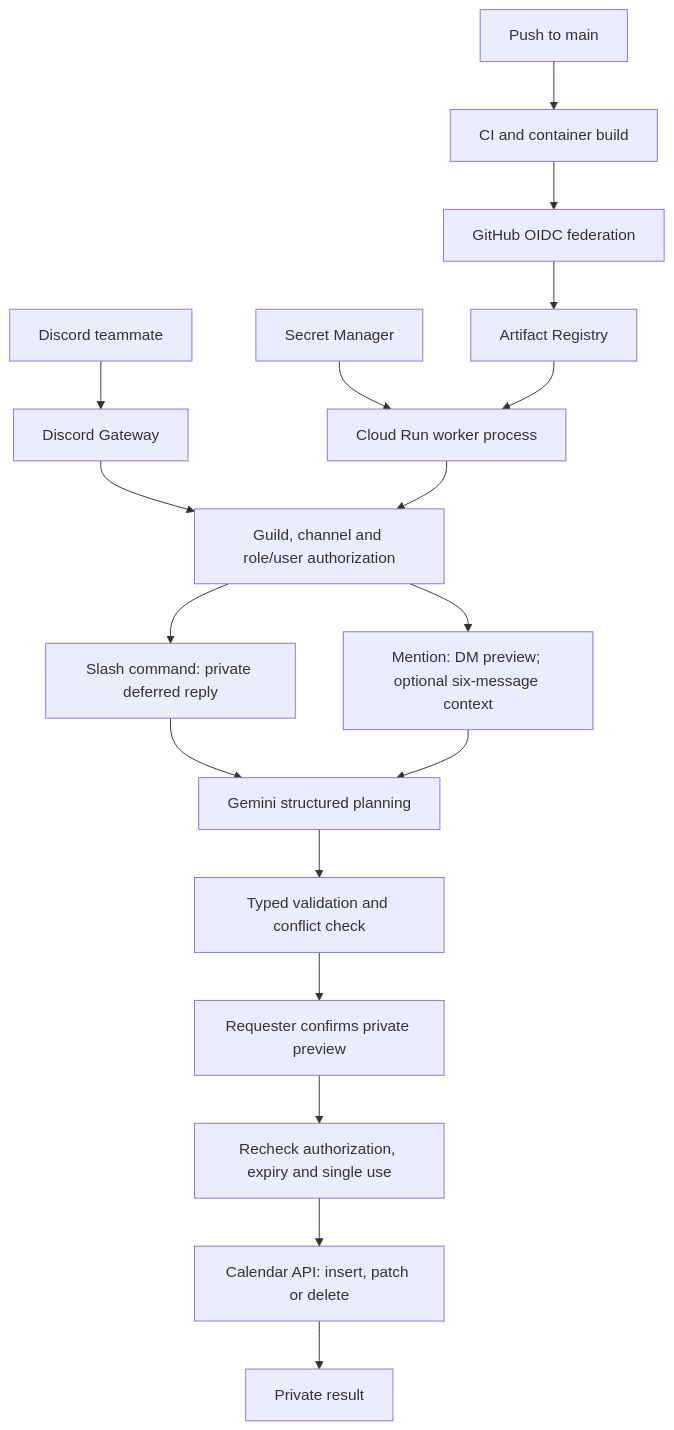
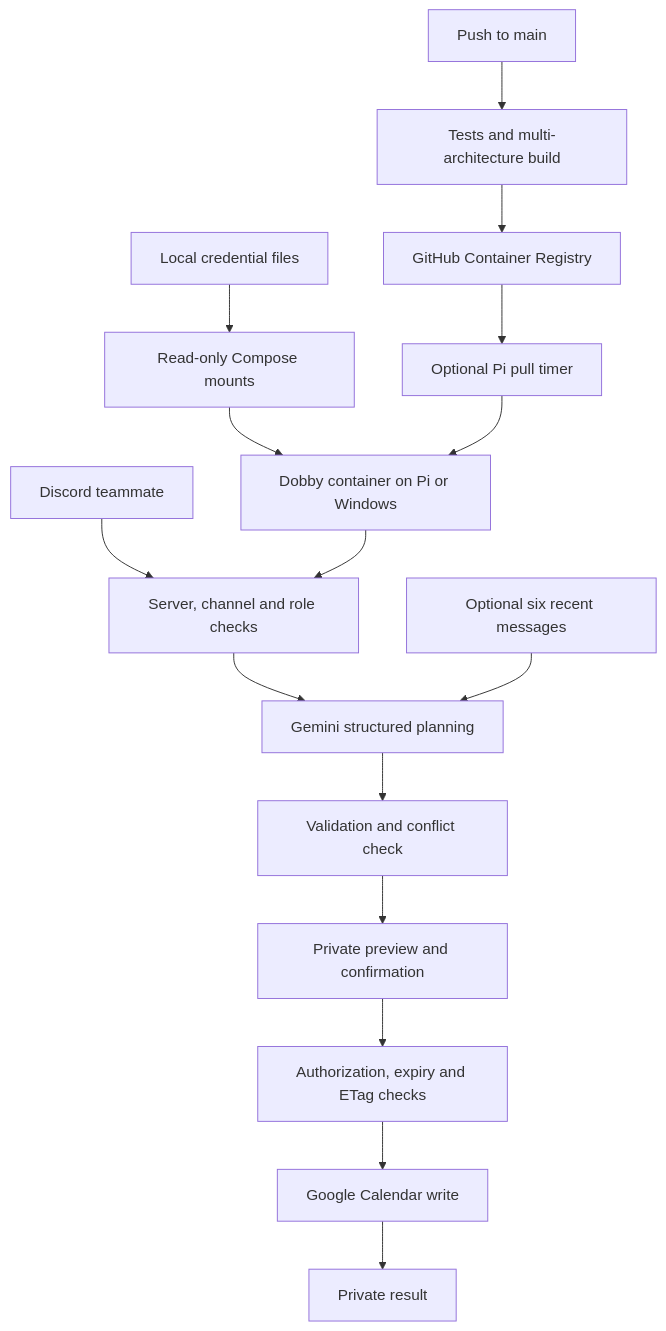
The diagram in ARCHITECTURE.md (Phytonking/dobby), drawn with Mermaid before and after one commit. The commit also changed other lines of this file and 25 other files, not shown here.

Commit message:
Made a few changes so that our bot can run locally on any windows PC or Rasberry PI. Unsure about mac

````diff
--- a/ARCHITECTURE.md
+++ b/ARCHITECTURE.md
@@ -7,20 +9,18 @@
 ```mermaid
 flowchart TD
-    U[Discord teammate] --> D[Discord Gateway]
-    D --> A[Guild, channel and role/user authorization]
-    A --> S[Slash command: private deferred reply]
-    A --> M[Mention: DM preview; optional six-message context]
-    S --> P[Gemini structured planning]
-    M --> P
-    P --> V[Typed validation and conflict check]
-    V --> C[Requester confirms private preview]
-    C --> R[Recheck authorization, expiry and single use]
-    R --> G[Calendar API: insert, patch or delete]
+    U[Discord teammate] --> A[Server, channel and role checks]
+    A --> P[Gemini structured planning]
+    H[Optional six recent messages] --> P
+    P --> V[Validation and conflict check]
+    V --> C[Private preview and confirmation]
+    C --> R[Authorization, expiry and ETag checks]
+    R --> G[Google Calendar write]
     G --> O[Private result]
-    SM[Secret Manager] --> W[Cloud Run worker process]
-    W --> A
-    GH[Push to main] --> T[CI and container build]
-    T --> F[GitHub OIDC federation]
-    F --> AR[Artifact Registry]
-    AR --> W
+    S[Local credential files] --> M[Read-only Compose mounts]
+    M --> B[Dobby container on Pi or Windows]
+    B --> A
+    GH[Push to main] --> T[Tests and multi-architecture build]
+    T --> CR[GitHub Container Registry]
+    CR --> UP[Optional Pi pull timer]
+    UP --> B
 ```
````
